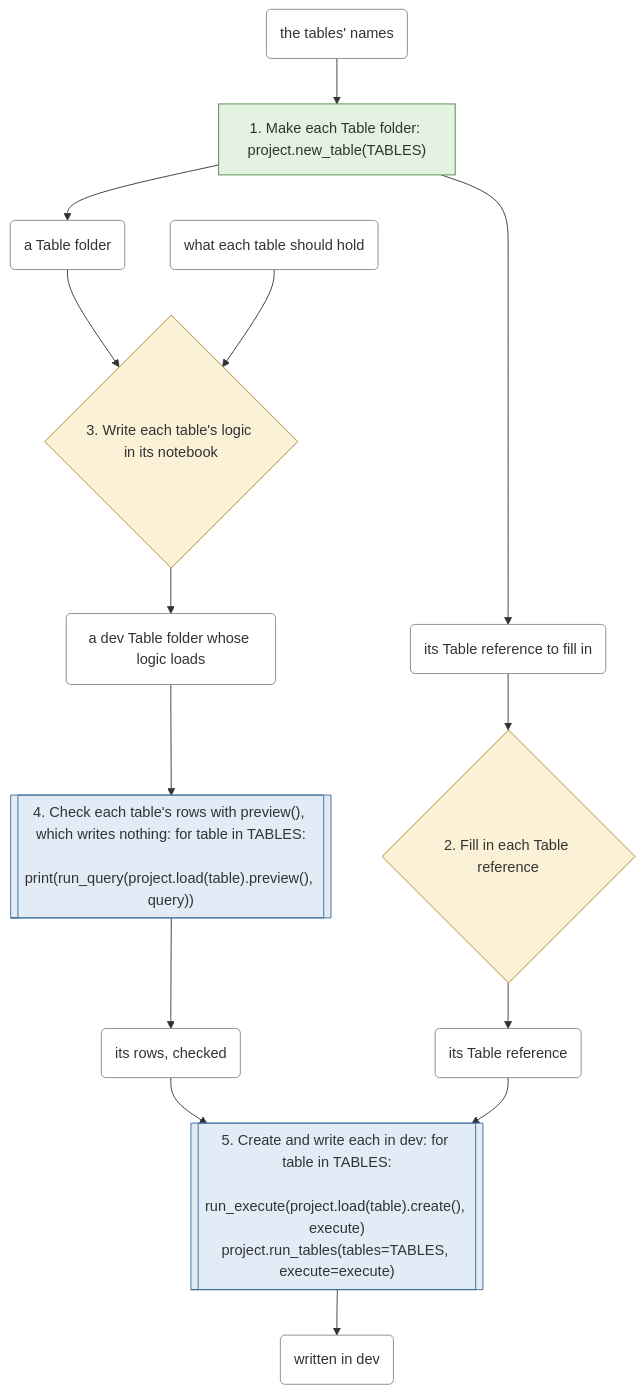
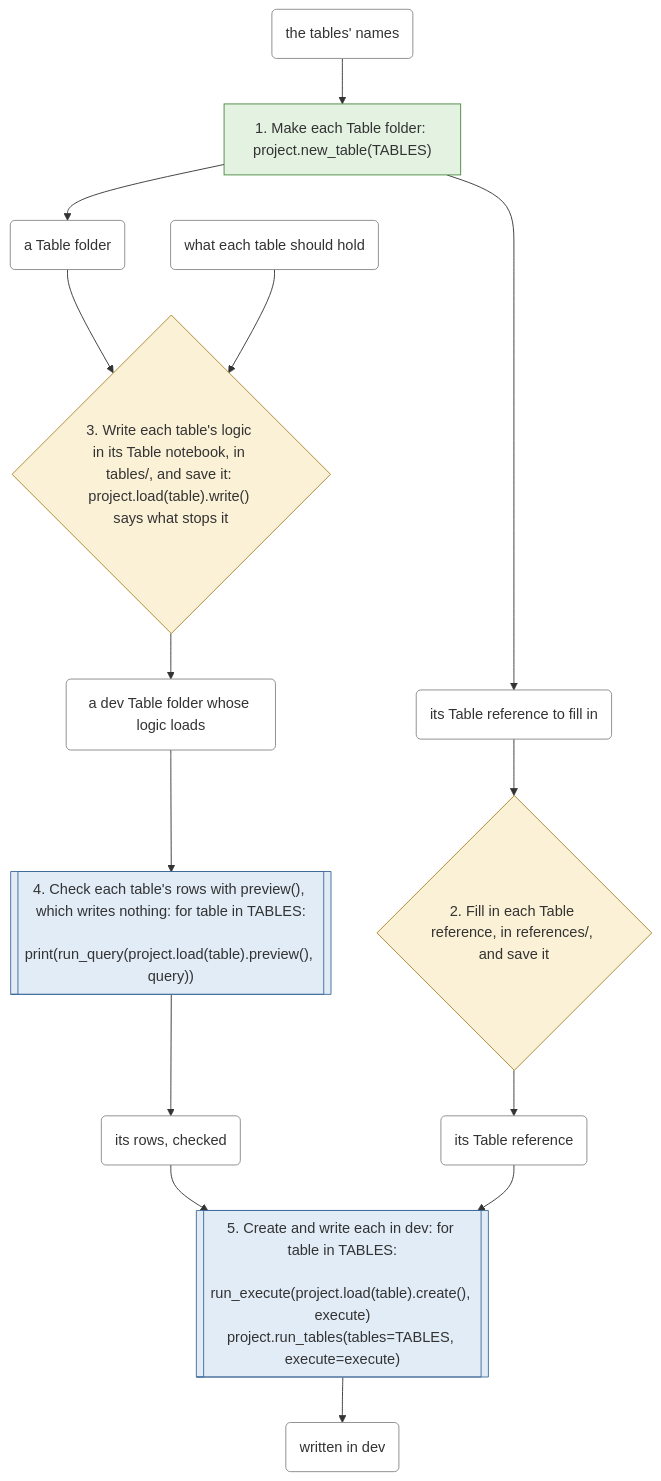
Before and after one commit to EdgyPage/SQL-Composer: the third of 6 diagrams in docs/workflows.md, drawn with Mermaid. The commit also changed other lines of this file and 16 other files, not shown here.

````diff
--- a/docs/workflows.md
+++ b/docs/workflows.md
@@ -148,50 +148,50 @@
 ```mermaid
 flowchart TD
     s0["1. Make each Table folder: project.new_table(TABLES)"]
     class s0 file
     t0 --> s0
     s0 --> t1
     s0 --> t2
-    s1{"2. Fill in each Table reference"}
+    s1{"2. Fill in each Table reference, in references/, and save it"}
     class s1 decision
     t2 --> s1
     s1 --> t3
-    s2{"3. Write each table's logic in its notebook"}
+    s2{"3. Write each table's logic in its Table notebook, in tables/, and save it: project.load(table).write() says what stops it"}
     class s2 decision
     t1 --> s2
     t4 --> s2
     s2 --> t5
     s3[["4. Check each table's rows with preview(), which writes nothing: for table in TABLES:
     print(run_query(project.load(table).preview(), query))"]]
     class s3 permission
     t5 --> s3
     s3 --> t6
     s4[["5. Create and write each in dev: for table in TABLES:
     run_execute(project.load(table).create(), execute)
 project.run_tables(tables=TABLES, execute=execute)"]]
     class s4 permission
     t6 --> s4
     t3 --> s4
     s4 --> t7
     t0("the tables' names")
     class t0 thing
     t1("a Table folder")
     class t1 thing
     t2("its Table reference to fill in")
     class t2 thing
     t3("its Table reference")
     class t3 thing
     t4("what each table should hold")
     class t4 thing
     t5("a dev Table folder whose logic loads")
     class t5 thing
     t6("its rows, checked")
     class t6 thing
     t7("written in dev")
     class t7 thing
     classDef file fill:#e3f2e1,stroke:#4a8a3f
     classDef permission fill:#e1ecf7,stroke:#3f6a9a
     classDef decision fill:#fbf1d6,stroke:#a8842a
     classDef fiddling fill:#f8d7d5,stroke:#b03a30
     classDef thing fill:#ffffff,stroke:#888888
 ```
````
